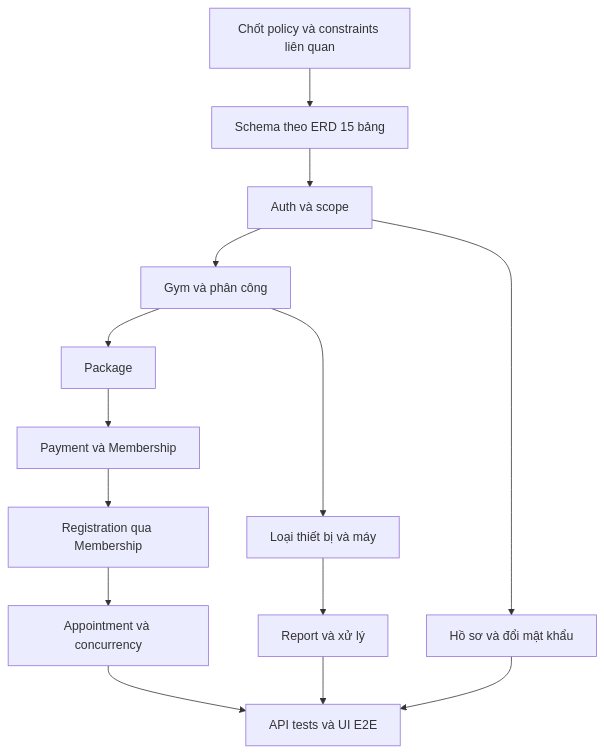
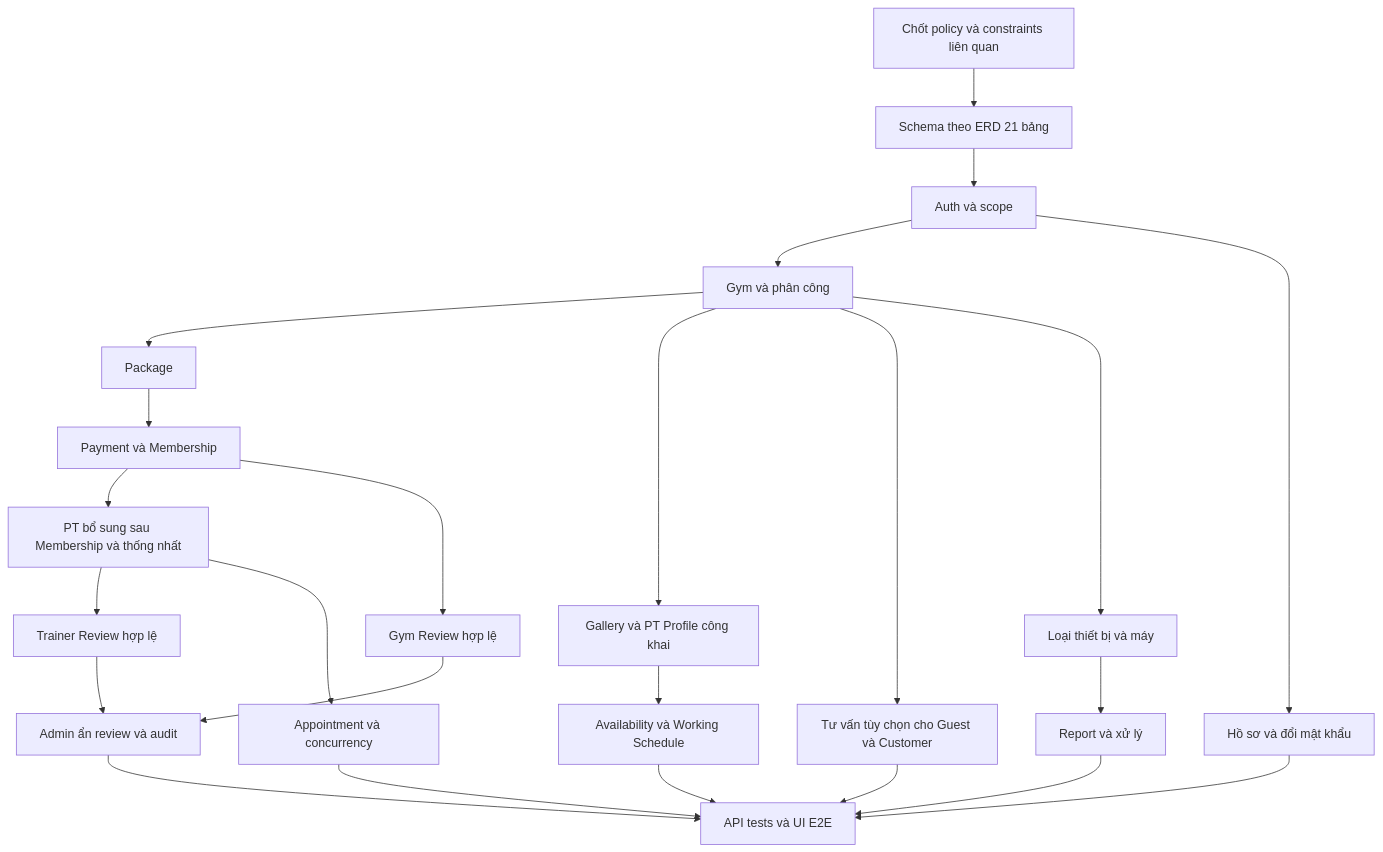
One commit to zipzep-2kseven/gym_managerment changed the diagram in docs/IMPLEMENTATION_PLAN.md. Above: the diagram before and after it, drawn with Mermaid. The commit also changed other lines of this file and 104 other files, not shown here.

````diff
--- a/docs/IMPLEMENTATION_PLAN.md
+++ b/docs/IMPLEMENTATION_PLAN.md
@@ -11,16 +11,26 @@
 ```mermaid
 flowchart TD
-    Policy[Chốt policy và constraints liên quan] --> Schema[Schema theo ERD 15 bảng]
+    Policy[Chốt policy và constraints liên quan] --> Schema[Schema theo ERD 21 bảng]
     Schema --> Auth[Auth và scope]
     Auth --> Gym[Gym và phân công]
     Gym --> Package[Package]
     Package --> Payment[Payment và Membership]
-    Payment --> Registration[Registration qua Membership]
+    Payment --> Registration[PT bổ sung sau Membership và thống nhất]
+    Gym --> Discovery[Gallery và PT Profile công khai]
+    Gym --> Consultation[Tư vấn tùy chọn cho Guest và Customer]
+    Discovery --> Working[Availability và Working Schedule]
+    Payment --> GymReview[Gym Review hợp lệ]
+    Registration --> TrainerReview[Trainer Review hợp lệ]
+    GymReview --> Moderation[Admin ẩn review và audit]
+    TrainerReview --> Moderation
+    Moderation --> Verify
+    Consultation --> Verify
+    Working --> Verify
     Registration --> Appointment[Appointment và concurrency]
     Gym --> Equipment[Loại thiết bị và máy]
     Equipment --> Report[Report và xử lý]
     Auth --> Profile[Hồ sơ và đổi mật khẩu]
     Appointment --> Verify[API tests và UI E2E]
     Report --> Verify
     Profile --> Verify
 ```
````
